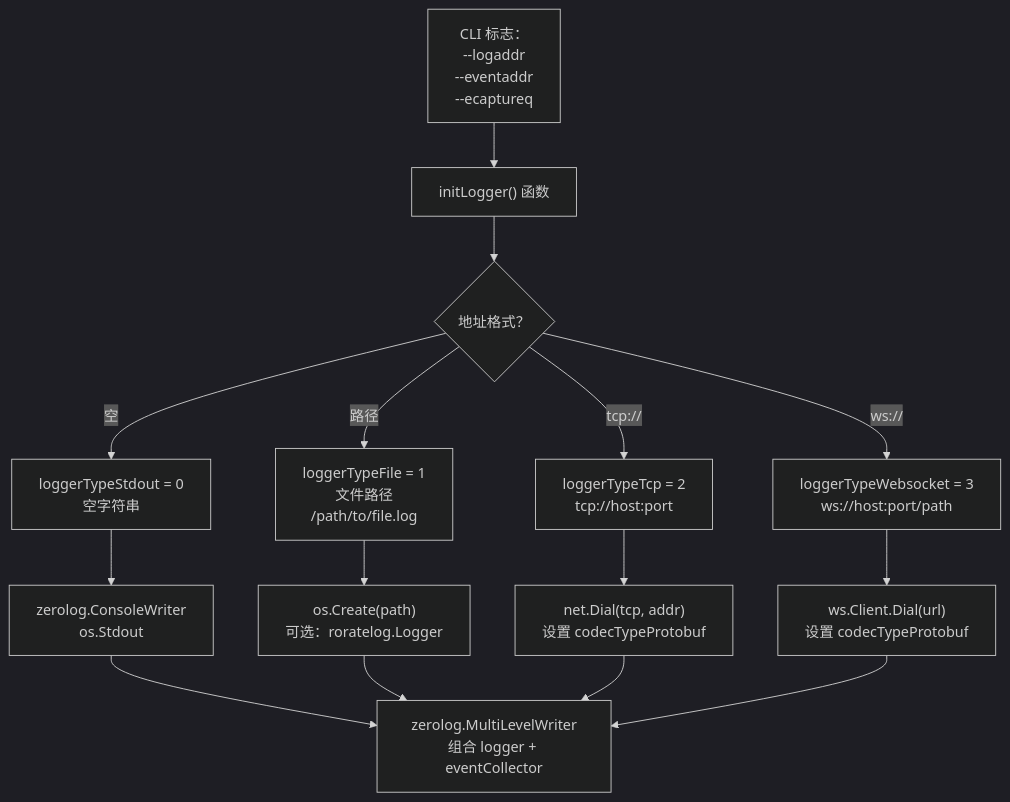
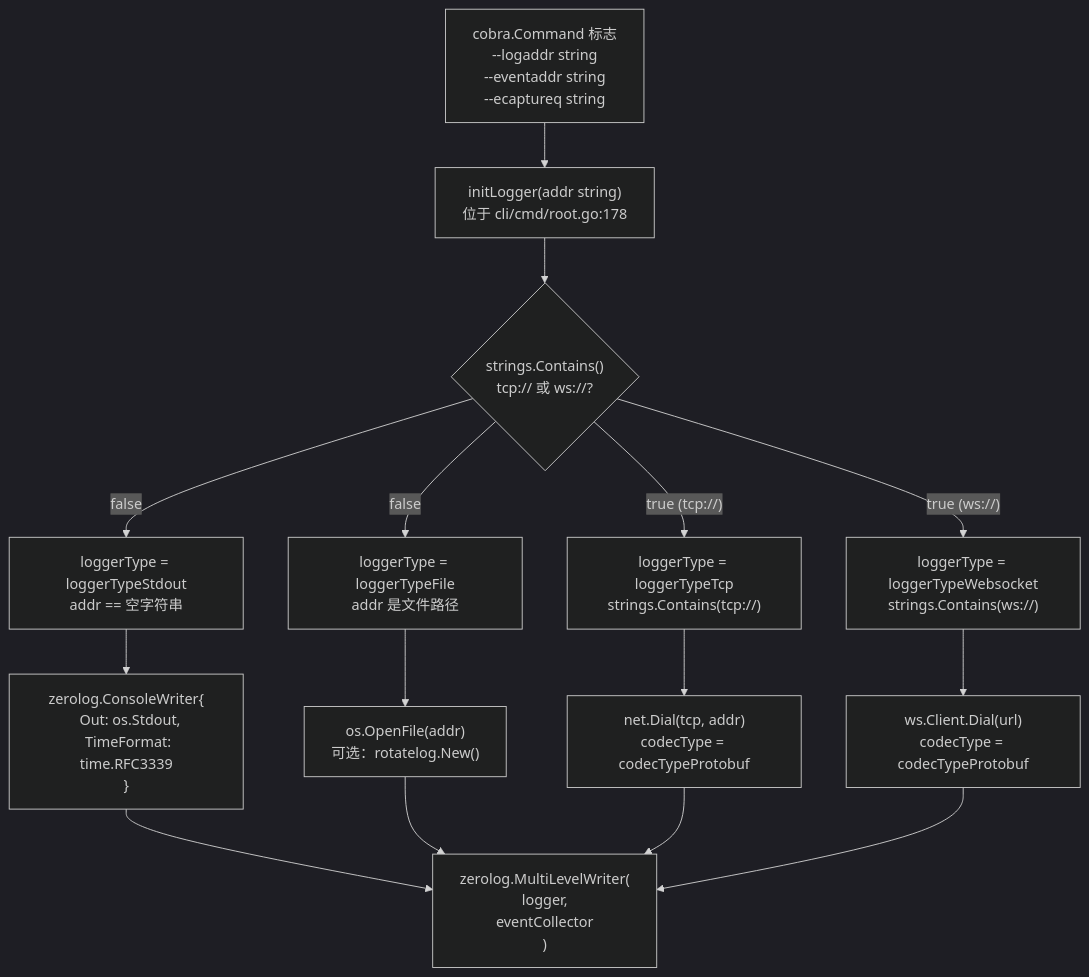
One commit to gojue/ecapture.cc changed the second of 3 diagrams in src/zh/4-output-formats/index.md. Above: the diagram before and after it, drawn with Mermaid (dark theme). The commit also changed other lines of this file and 115 other files, not shown here.

````diff
--- a/src/zh/4-output-formats/index.md
+++ b/src/zh/4-output-formats/index.md
@@ -143,38 +185,38 @@
 ```mermaid
 graph TB
-    Flags["CLI 标志：<br/>--logaddr<br/>--eventaddr<br/>--ecaptureq"]
+    Flags["cobra.Command 标志<br/>--logaddr string<br/>--eventaddr string<br/>--ecaptureq string"]
     
-    ParseFunc["initLogger() 函数"]
+    InitLogger["initLogger(addr string)<br/>位于 cli/cmd/root.go:178"]
     
-    CheckFormat{地址格式？}
+    CheckFormat{"strings.Contains()<br/>tcp:// 或 ws://?"}
     
-    StdoutType["loggerTypeStdout = 0<br/>空字符串"]
-    FileType["loggerTypeFile = 1<br/>文件路径<br/>/path/to/file.log"]
-    TcpType["loggerTypeTcp = 2<br/>tcp://host:port"]
-    WsType["loggerTypeWebsocket = 3<br/>ws://host:port/path"]
+    StdoutType["loggerType = loggerTypeStdout<br/>addr == 空字符串"]
+    FileType["loggerType = loggerTypeFile<br/>addr 是文件路径"]
+    TcpType["loggerType = loggerTypeTcp<br/>strings.Contains(tcp://)"]
+    WsType["loggerType = loggerTypeWebsocket<br/>strings.Contains(ws://)"]
     
-    CreateStdout["zerolog.ConsoleWriter<br/>os.Stdout"]
-    CreateFile["os.Create(path)<br/>可选：roratelog.Logger"]
-    CreateTcp["net.Dial(tcp, addr)<br/>设置 codecTypeProtobuf"]
-    CreateWs["ws.Client.Dial(url)<br/>设置 codecTypeProtobuf"]
+    CreateStdout["zerolog.ConsoleWriter{<br/>  Out: os.Stdout,<br/>  TimeFormat: time.RFC3339<br/>}"]
+    CreateFile["os.OpenFile(addr)<br/>可选：rotatelog.New()"]
+    CreateTcp["net.Dial(tcp, addr)<br/>codecType = codecTypeProtobuf"]
+    CreateWs["ws.Client.Dial(url)<br/>codecType = codecTypeProtobuf"]
     
-    MultiWriter["zerolog.MultiLevelWriter<br/>组合 logger + eventCollector"]
+    MultiWriter["zerolog.MultiLevelWriter(<br/>  logger,<br/>  eventCollector<br/>)"]
     
-    Flags --> ParseFunc
-    ParseFunc --> CheckFormat
+    Flags --> InitLogger
+    InitLogger --> CheckFormat
     
-    CheckFormat -->|空| StdoutType
-    CheckFormat -->|路径| FileType
-    CheckFormat -->|tcp://| TcpType
-    CheckFormat -->|ws://| WsType
+    CheckFormat -->|"false"| StdoutType
+    CheckFormat -->|"false"| FileType
+    CheckFormat -->|"true (tcp://)"| TcpType
+    CheckFormat -->|"true (ws://)"| WsType
     
     StdoutType --> CreateStdout
     FileType --> CreateFile
     TcpType --> CreateTcp
     WsType --> CreateWs
     
     CreateStdout --> MultiWriter
     CreateFile --> MultiWriter
     CreateTcp --> MultiWriter
     CreateWs --> MultiWriter
 ```
````
